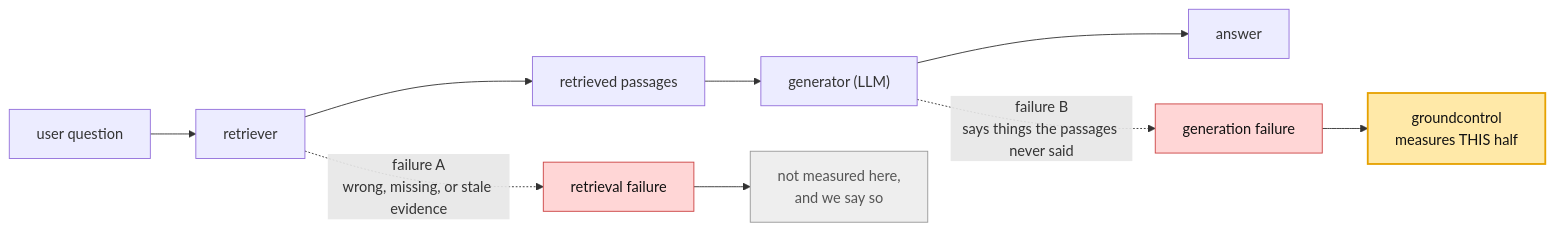
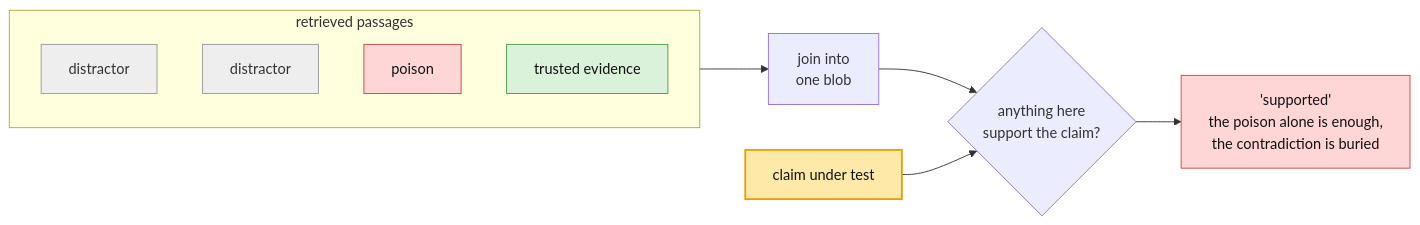
The first of 3 diagrams in README.md (swgoodman/groundcontrol), drawn with Mermaid before and after one commit. The commit also changed other lines of this file and 3 other files, not shown here.

````diff
--- a/README.md
+++ b/README.md
@@ -26,17 +36,18 @@
 ```mermaid
 flowchart LR
-    Q["user question"] --> R["retriever"]
-    R --> P["retrieved passages"]
-    P --> G["generator (LLM)"]
-    G --> A["answer"]
-
-    R -.->|"failure A<br/>wrong, missing, or stale evidence"| F1["retrieval failure"]:::bad
-    G -.->|"failure B<br/>says things the passages never said"| F2["generation failure"]:::bad
-
-    F2 --> GC["groundcontrol<br/>measures THIS half"]:::hero
-    F1 --> NM["not measured here,<br/>and we say so"]:::grey
+    subgraph PASS["retrieved passages"]
+        direction TB
+        P1["distractor"]:::ok
+        P2["distractor"]:::ok
+        P3["poison"]:::bad
+        P4["trusted evidence"]:::good
+    end
+    PASS --> J["join into<br/>one blob"] --> CHK{"anything here<br/>support the claim?"}
+    CLAIM["claim under test"]:::hero --> CHK
+    CHK --> OUT["'supported'<br/>the poison alone is enough,<br/>the contradiction is buried"]:::bad
 
     classDef bad fill:#ffd6d6,stroke:#c44,color:#111;
+    classDef good fill:#d9f2d9,stroke:#4a9a4a,color:#111;
+    classDef ok fill:#eee,stroke:#999,color:#333;
     classDef hero fill:#ffe9a8,stroke:#e6a100,stroke-width:2px,color:#111;
-    classDef grey fill:#eee,stroke:#999,color:#555;
 ```
````
